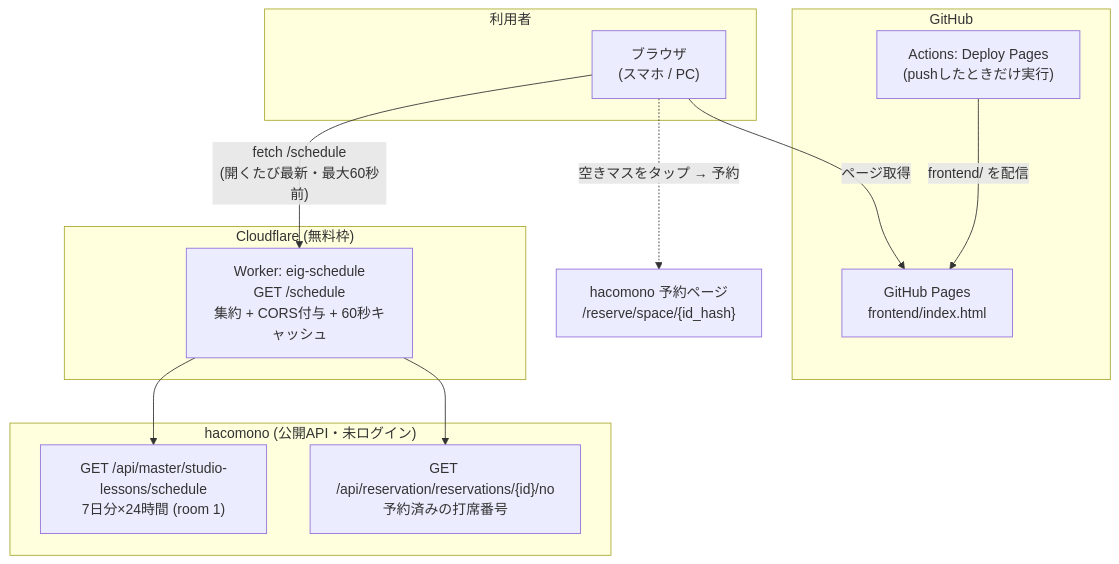
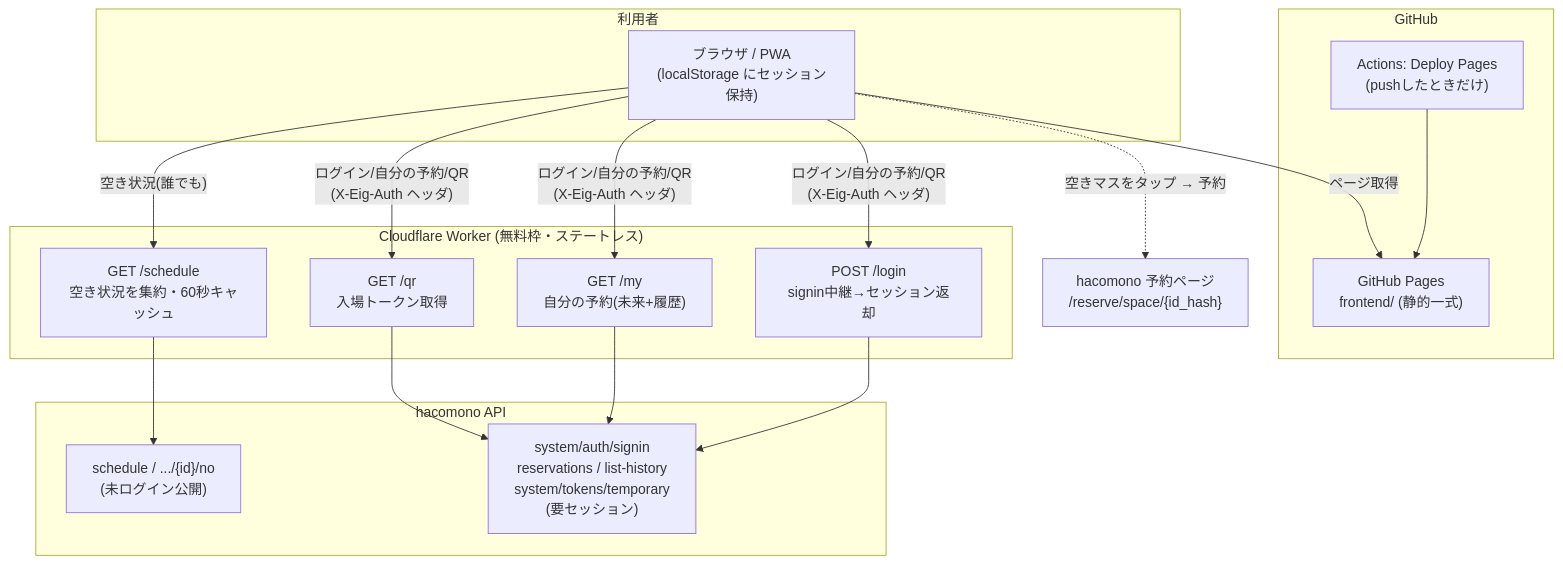
The second of 2 diagrams in README.md (TakanariShimbo/enjoyindoorgolf), drawn with Mermaid before and after one commit. The commit also changed other lines of this file, not shown here.

Commit message:
docs: READMEを現行仕様に全面更新(機能一覧・Worker4エンドポイント・PWA・構成図)

````diff
--- a/README.md
+++ b/README.md
@@ -38,27 +50,25 @@
 ```mermaid
 flowchart TB
     subgraph user["利用者"]
-        B["ブラウザ<br>(スマホ / PC)"]
+        B["ブラウザ / PWA<br>(localStorage にセッション保持)"]
     end
-
     subgraph gh["GitHub"]
-        P["GitHub Pages<br>frontend/index.html"]
-        A["Actions: Deploy Pages<br>(pushしたときだけ実行)"]
-        A -->|"frontend/ を配信"| P
+        P["GitHub Pages<br>frontend/ (静的一式)"]
+        A["Actions: Deploy Pages<br>(pushしたときだけ)"]
+        A --> P
     end
-
-    subgraph cf["Cloudflare (無料枠)"]
-        W["Worker: eig-schedule<br>GET /schedule<br>集約 + CORS付与 + 60秒キャッシュ"]
+    subgraph cf["Cloudflare Worker (無料枠・ステートレス)"]
+        Wsch["GET /schedule<br>空き状況を集約・60秒キャッシュ"]
+        Wlogin["POST /login<br>signin中継→セッション返却"]
+        Wmy["GET /my<br>自分の予約(未来+履歴)"]
+        Wqr["GET /qr<br>入場トークン取得"]
     end
-
-    subgraph hacomono["hacomono (公開API・未ログイン)"]
-        S["GET /api/master/studio-lessons/schedule<br>7日分×24時間 (room 1)"]
-        N["GET /api/reservation/reservations/{id}/no<br>予約済みの打席番号"]
+    subgraph hacomono["hacomono API"]
+        S["schedule / .../{id}/no<br>(未ログイン公開)"]
+        Auth["system/auth/signin<br>reservations / list-history<br>system/tokens/temporary<br>(要セッション)"]
     end
-
     B -->|"ページ取得"| P
-    B -->|"fetch /schedule<br>(開くたび最新・最大60秒前)"| W
-    W --> S
-    W --> N
+    B -->|"空き状況(誰でも)"| Wsch --> S
+    B -->|"ログイン/自分の予約/QR<br>(X-Eig-Auth ヘッダ)"| Wlogin & Wmy & Wqr --> Auth
     B -.->|"空きマスをタップ → 予約"| R["hacomono 予約ページ<br>/reserve/space/{id_hash}"]
 ```
````
